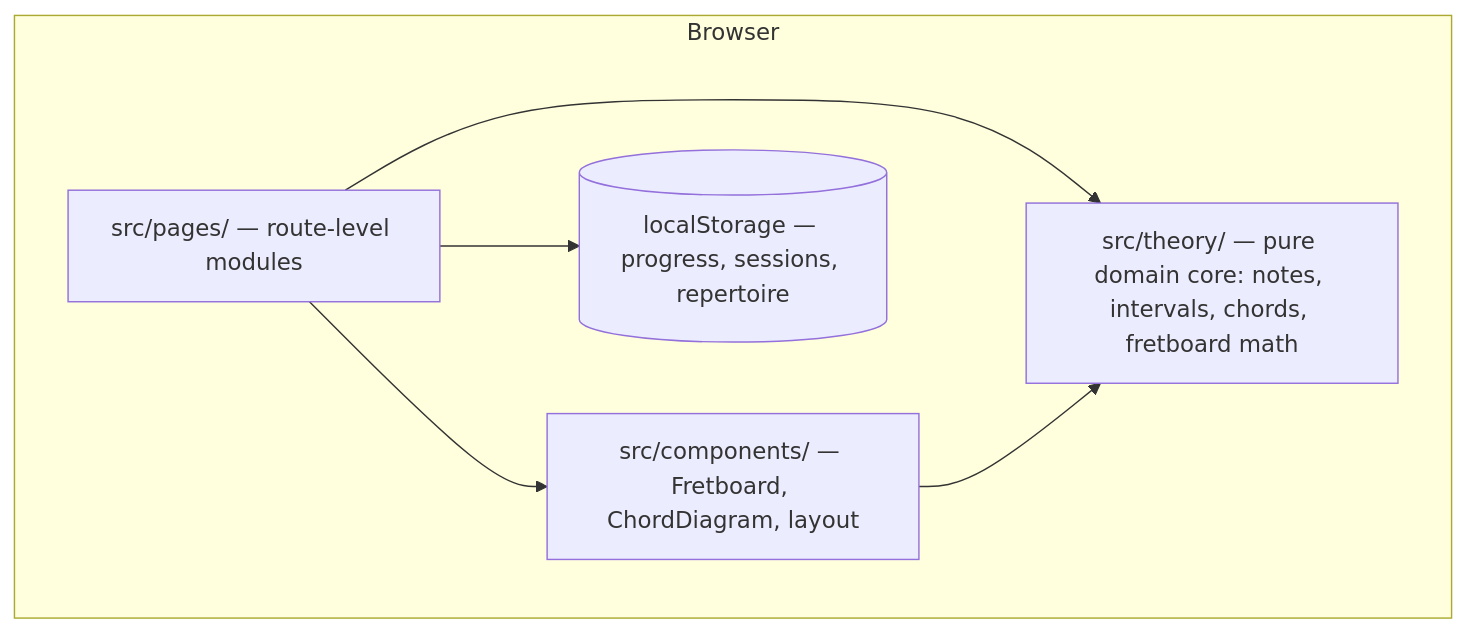
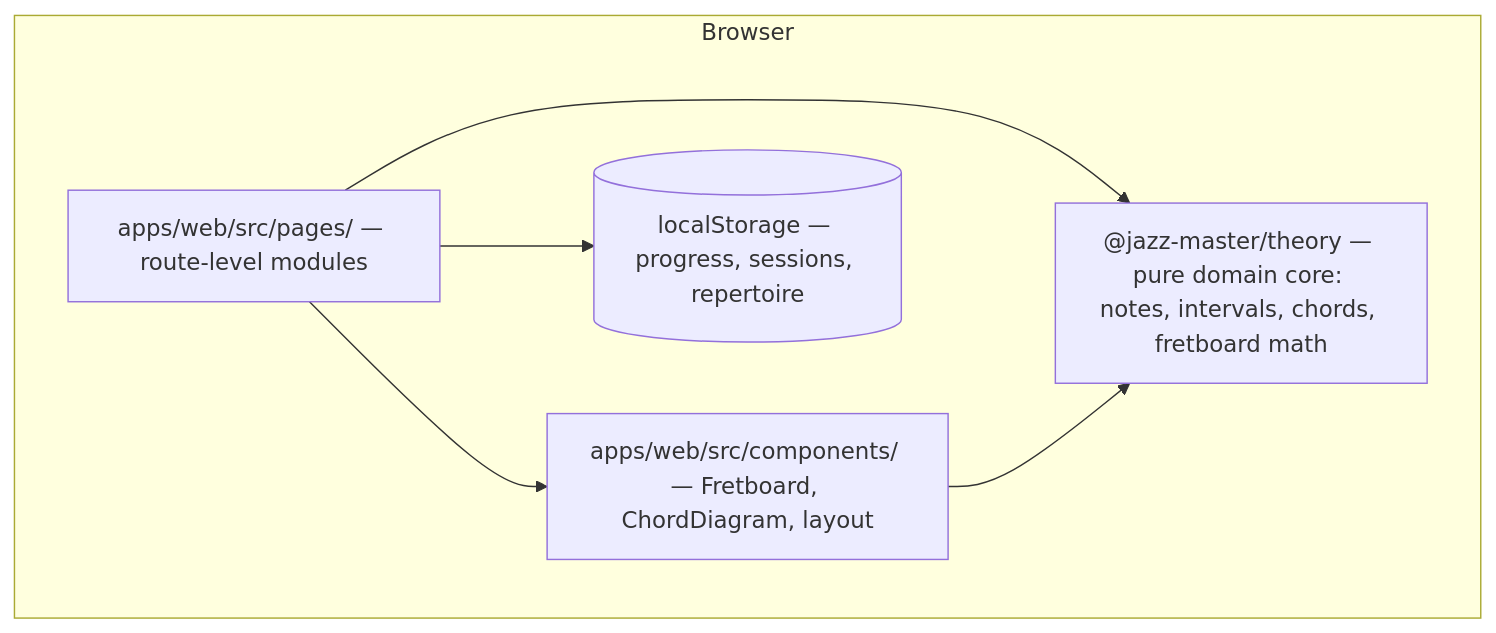
One commit to flooper68/jazz-master changed the diagram in architecture/overview.md. Above: the diagram before and after it, drawn with Mermaid. The commit also changed other lines of this file and 61 other files, not shown here.

First line of the commit message:
TASK-027: restructure repo per ADR-005 — codebase/ split, apps/web, packages/theory

````diff
--- a/architecture/overview.md
+++ b/architecture/overview.md
@@ -9,13 +9,13 @@
 ```mermaid
 flowchart TD
     subgraph Browser
-        pages[src/pages/ — route-level modules]
-        components[src/components/ — Fretboard, ChordDiagram, layout]
-        theory[src/theory/ — pure domain core: notes, intervals, chords, fretboard math]
+        pages[apps/web/src/pages/ — route-level modules]
+        components[apps/web/src/components/ — Fretboard, ChordDiagram, layout]
+        theory["@jazz-master/theory — pure domain core: notes, intervals, chords, fretboard math"]
         storage[(localStorage — progress, sessions, repertoire)]
     end
     pages --> components
     pages --> theory
     components --> theory
     pages --> storage
 ```
````
